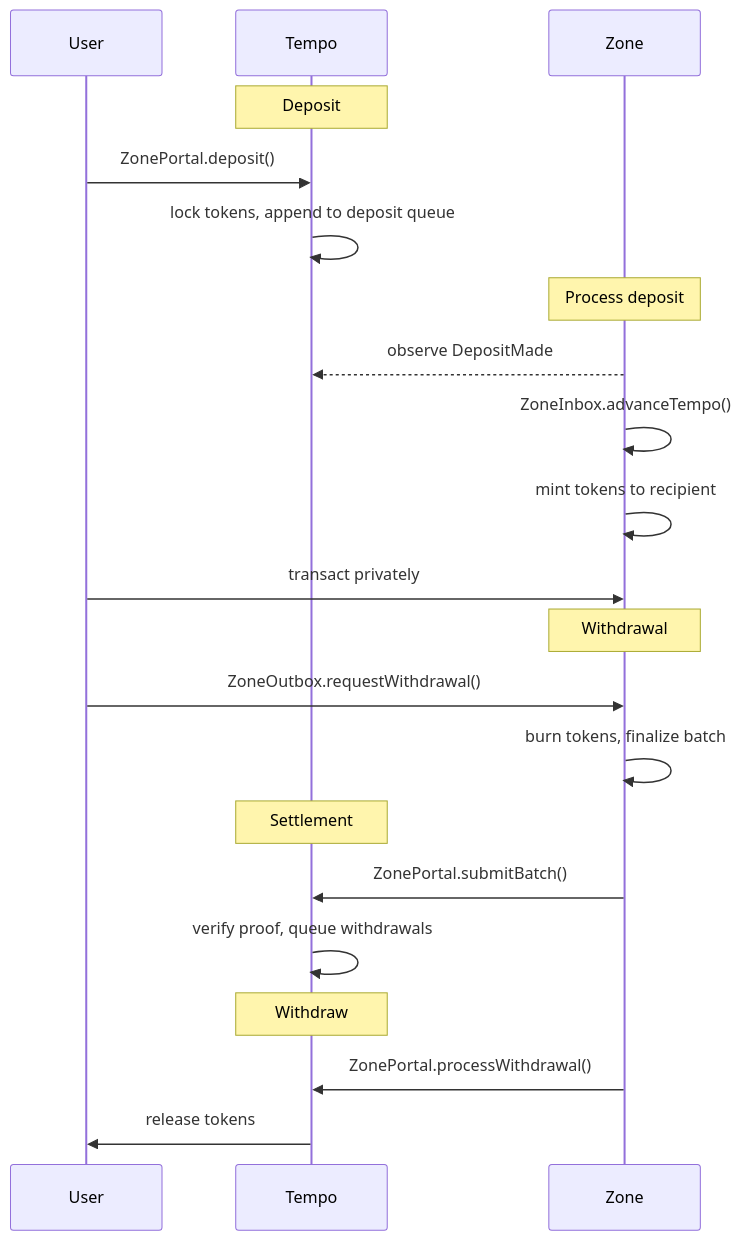
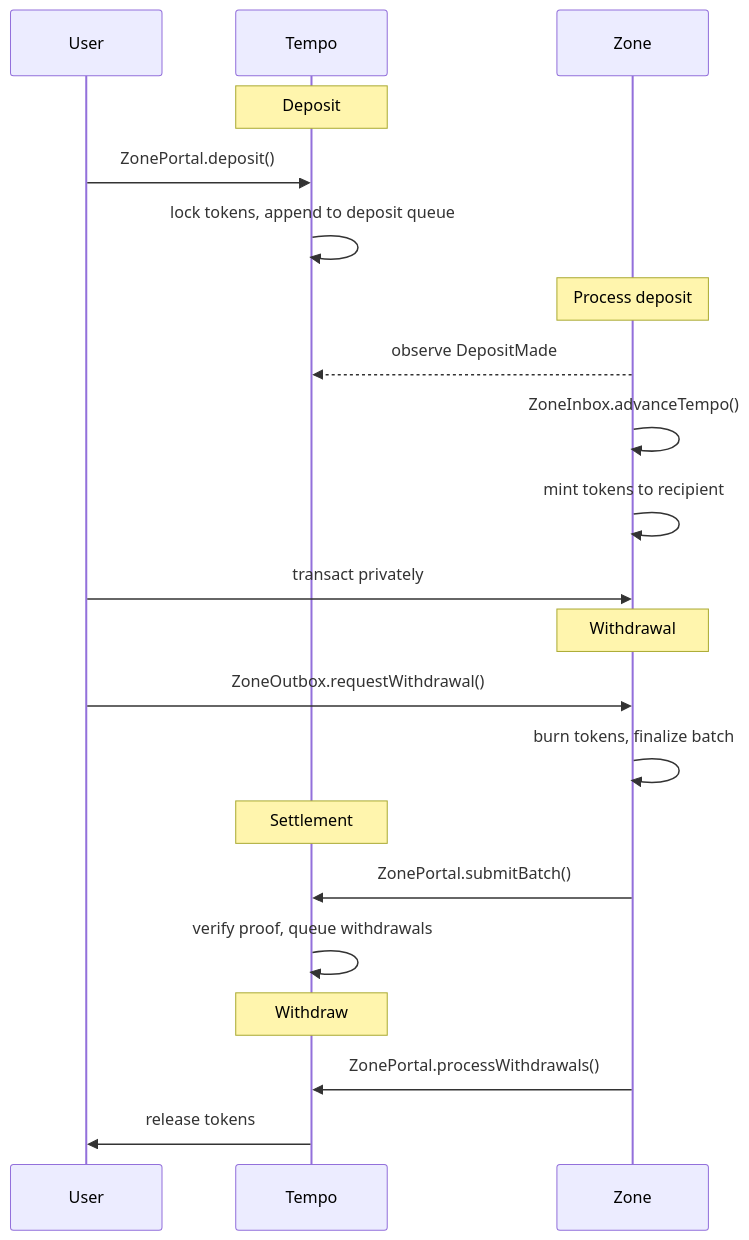
Before and after one commit to Dustin4444/zones: the first of 6 diagrams in specs/spec.md, drawn with Mermaid. The commit also changed other lines of this file and 20 other files, not shown here.

First line of the commit message:
feat: batch portal withdrawals (#718)

````diff
--- a/specs/spec.md
+++ b/specs/spec.md
@@ -138,29 +138,29 @@
 ```mermaid
 sequenceDiagram
     participant U as User
     participant T as Tempo
     participant Z as Zone
 
     Note over T: Deposit
     U->>T: ZonePortal.deposit()
     T->>T: lock tokens, append to deposit queue
 
     Note over Z: Process deposit
     Z-->>T: observe DepositMade
     Z->>Z: ZoneInbox.advanceTempo()
     Z->>Z: mint tokens to recipient
 
     U->>Z: transact privately
 
     Note over Z: Withdrawal
     U->>Z: ZoneOutbox.requestWithdrawal()
     Z->>Z: burn tokens, finalize batch
 
     Note over T: Settlement
     Z->>T: ZonePortal.submitBatch()
     T->>T: verify proof, queue withdrawals
 
     Note over T: Withdraw
-    Z->>T: ZonePortal.processWithdrawal()
+    Z->>T: ZonePortal.processWithdrawals()
     T->>U: release tokens
 ```
````
